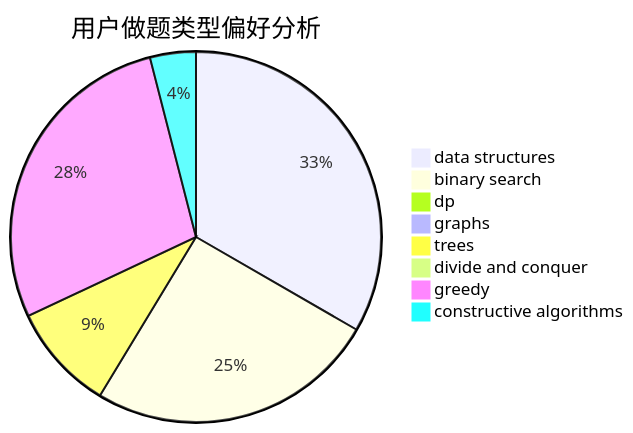
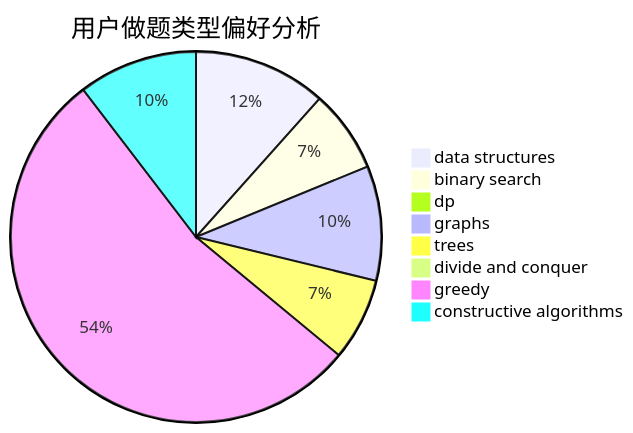
Before and after one commit to sherpahu/cfrs.github.io: the second of 3 diagrams in docs/user/u2172.md, drawn with Mermaid. The commit also changed other lines of this file and 2770 other files, not shown here.

````diff
--- a/docs/user/u2172.md
+++ b/docs/user/u2172.md
@@ -23,11 +23,11 @@
 ```mermaid
 pie title 用户做题类型偏好分析
-    "data structures" :  25
-    "binary search" :  19
+    "data structures" :  29
+    "binary search" :  18
     "dp" :  0
-    "graphs" :  0
-    "trees" :  7
+    "graphs" :  25
+    "trees" :  18
     "divide and conquer" :  0
-    "greedy" :  21
-    "constructive algorithms" :  3
+    "greedy" :  134
+    "constructive algorithms" :  26
 ```
````
